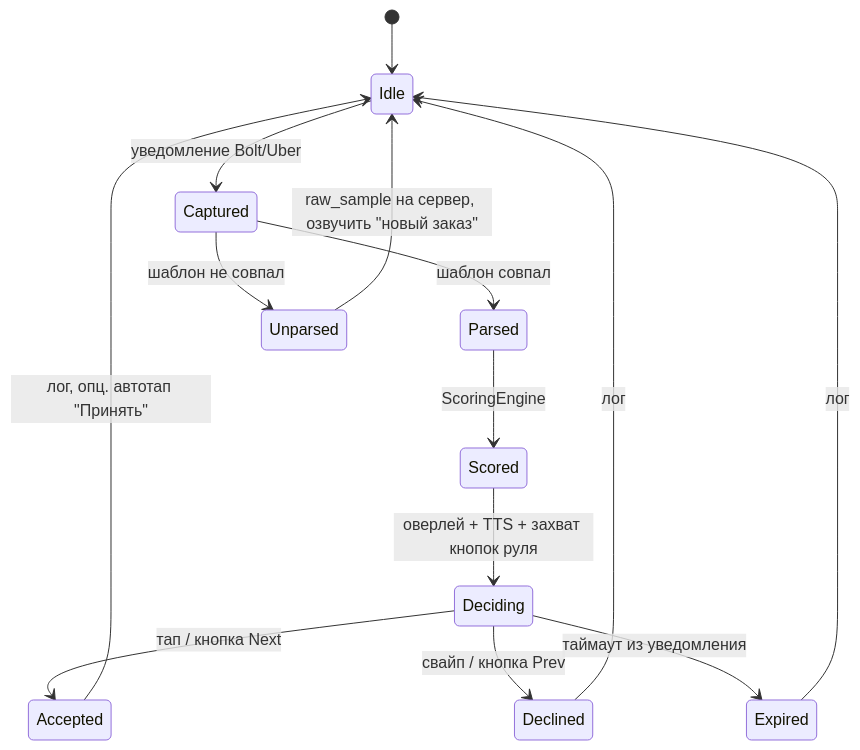
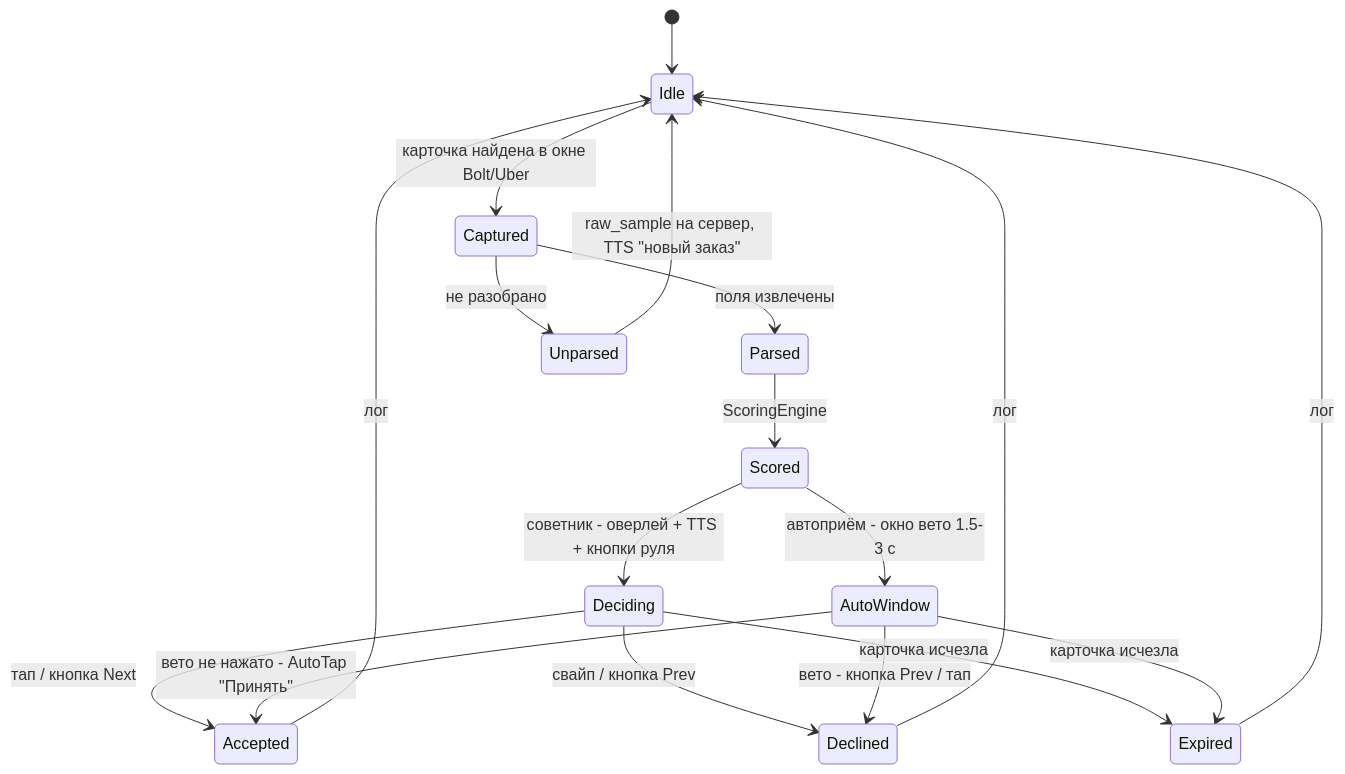
One commit to vitalxp/bot changed the second of 2 diagrams in docs/architecture.md. Above: the diagram before and after it, drawn with Mermaid. The commit also changed other lines of this file and 1 other file, not shown here.

Commit message:
docs: apply confirmed requirements (Android, any EU city by location, auto-accept option, standalone project) and real Bolt/Uber card samples

````diff
--- a/docs/architecture.md
+++ b/docs/architecture.md
@@ -129,16 +149,20 @@
 ```mermaid
 stateDiagram-v2
     [*] --> Idle
-    Idle --> Captured: уведомление Bolt/Uber
-    Captured --> Parsed: шаблон совпал
-    Captured --> Unparsed: шаблон не совпал
-    Unparsed --> Idle: raw_sample на сервер, озвучить "новый заказ"
+    Idle --> Captured: карточка найдена в окне Bolt/Uber
+    Captured --> Parsed: поля извлечены
+    Captured --> Unparsed: не разобрано
+    Unparsed --> Idle: raw_sample на сервер, TTS "новый заказ"
     Parsed --> Scored: ScoringEngine
-    Scored --> Deciding: оверлей + TTS + захват кнопок руля
+    Scored --> Deciding: советник - оверлей + TTS + кнопки руля
+    Scored --> AutoWindow: автоприём - окно вето 1.5-3 с
     Deciding --> Accepted: тап / кнопка Next
     Deciding --> Declined: свайп / кнопка Prev
-    Deciding --> Expired: таймаут из уведомления
-    Accepted --> Idle: лог, опц. автотап "Принять"
+    Deciding --> Expired: карточка исчезла
+    AutoWindow --> Accepted: вето не нажато - AutoTap "Принять"
+    AutoWindow --> Declined: вето - кнопка Prev / тап
+    AutoWindow --> Expired: карточка исчезла
+    Accepted --> Idle: лог
     Declined --> Idle: лог
     Expired --> Idle: лог
 ```
````
